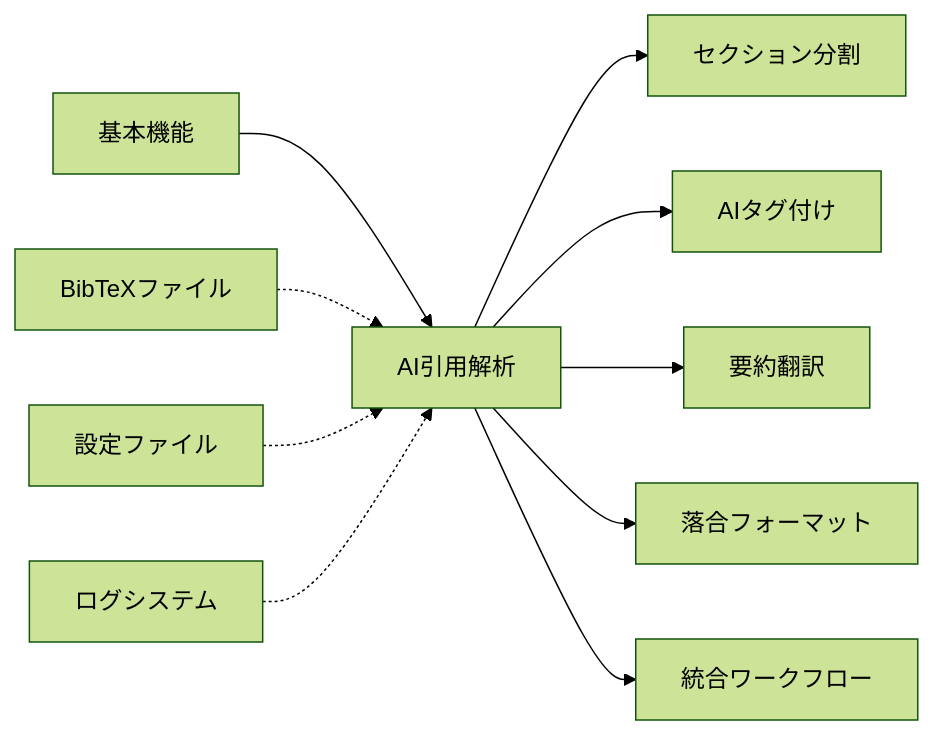
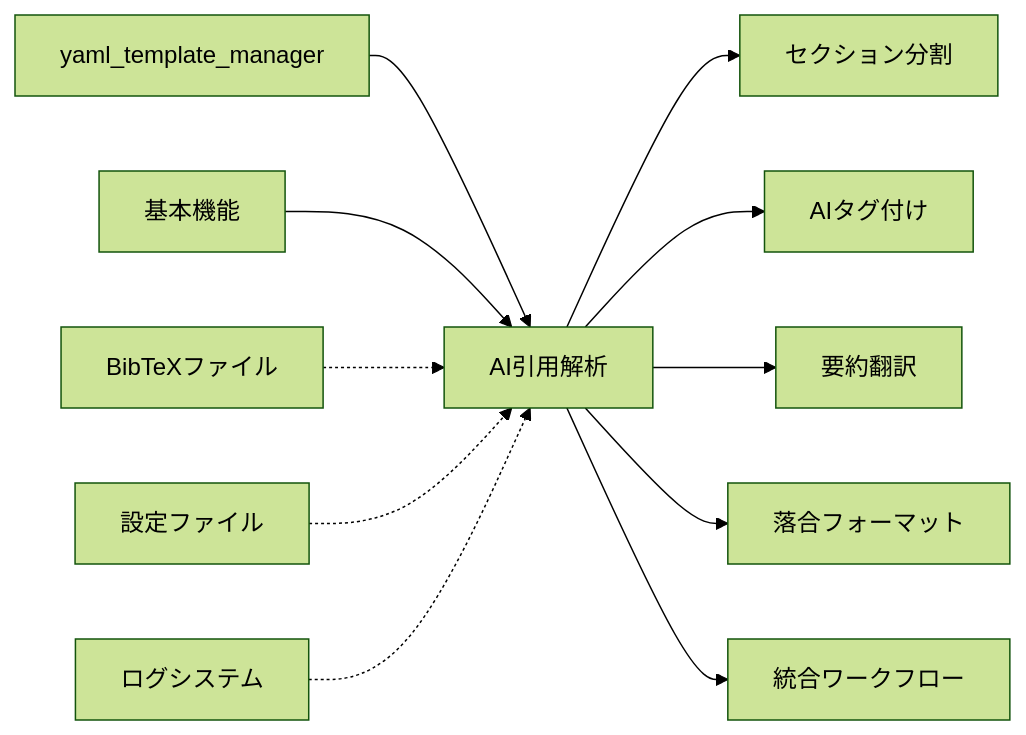
Before and after one commit to shuu5/ObsClippingsManager: the second of 2 diagrams in code/contexts/enhanced_citation_parser_specification.md, drawn with Mermaid (forest theme). The commit also changed other lines of this file and 8 other files, not shown here.

````diff
--- a/code/contexts/enhanced_citation_parser_specification.md
+++ b/code/contexts/enhanced_citation_parser_specification.md
@@ -29,14 +32,15 @@
 ```mermaid
 graph LR
-    A["基本機能"] --> B["AI引用解析"]
+    A["yaml_template_manager"] --> B["AI引用解析"]
+    C["基本機能"] --> B
     
-    C["BibTeXファイル"] -.-> B
-    D["設定ファイル"] -.-> B
-    E["ログシステム"] -.-> B
+    D["BibTeXファイル"] -.-> B
+    E["設定ファイル"] -.-> B
+    F["ログシステム"] -.-> B
     
-    B --> F["セクション分割"]
-    B --> G["AIタグ付け"]
-    B --> H["要約翻訳"]
-    B --> I["落合フォーマット"]
-    B --> J["統合ワークフロー"]
+    B --> G["セクション分割"]
+    B --> H["AIタグ付け"]
+    B --> I["要約翻訳"]
+    B --> J["落合フォーマット"]
+    B --> K["統合ワークフロー"]
 ```
````
